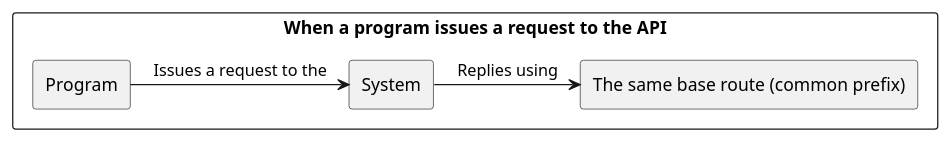
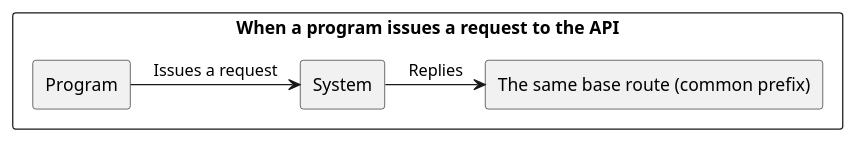
Before and after one commit to USI-MSDE-SA-2022/software-architecture-model-Travad: the fifth of 11 diagrams in src/sa/model/index.md, drawn with PlantUML. The commit also changed other lines of this file and 5 other files, not shown here.

````diff
--- a/src/sa/model/index.md
+++ b/src/sa/model/index.md
@@ -341,20 +341,20 @@
 ```puml
 @startuml
 
 skinparam componentStyle rectangle
 skinparam monochrome true
 skinparam shadowing false
 
 rectangle "When a program issues a request to the API" {
 
 rectangle "Program" as Source
 rectangle "The same base route (common prefix)" as Measure
 
-Source -> [System] : "Issues a request to the"
+Source -> [System] : "Issues a request"
 
-[System] -> [Measure] : "Replies using"
+[System] -> [Measure] : "Replies"
 
 }
 
 @enduml
 ```
````
